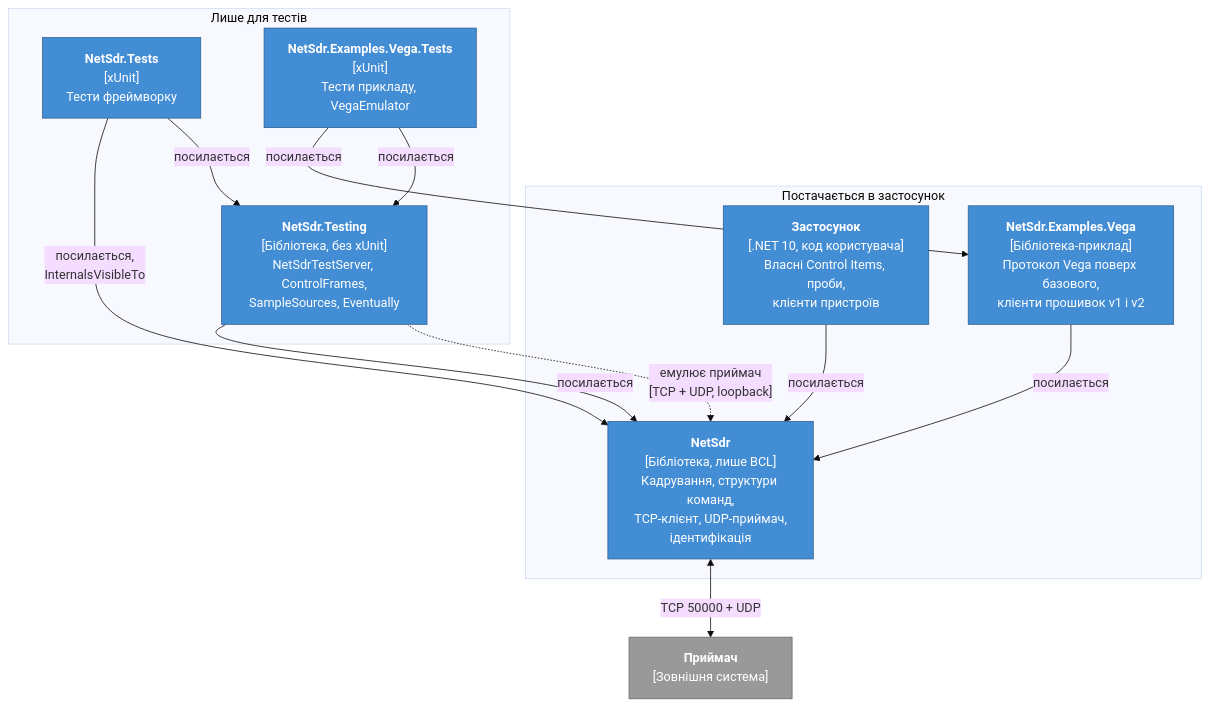
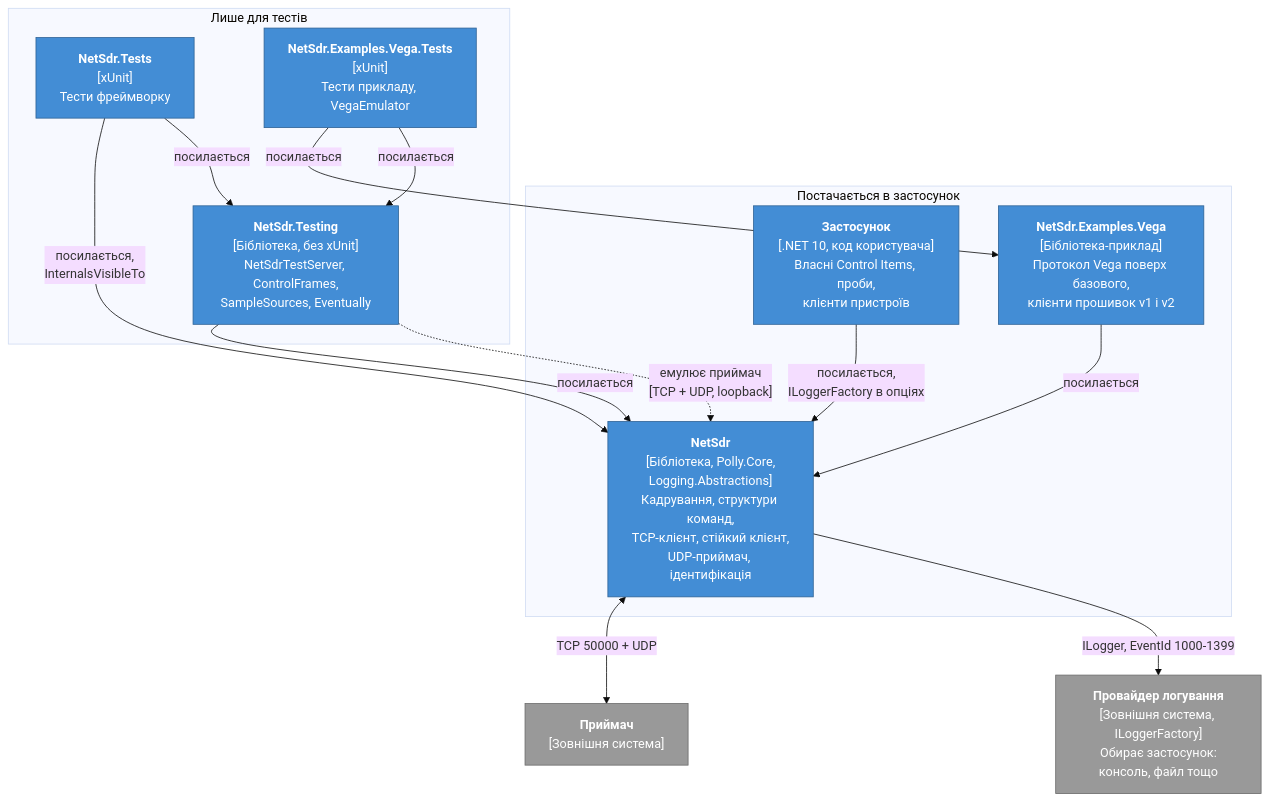
One commit to vadimart92/NetSdrClient changed the second of 7 diagrams in docs/architecture.md. Above: the diagram before and after it, drawn with Mermaid (base theme). The commit also changed other lines of this file and 4 other files, not shown here.

````diff
--- a/docs/architecture.md
+++ b/docs/architecture.md
@@ -63,31 +66,34 @@
 ```mermaid
 flowchart TB
     rx["<b>Приймач</b><br/>[Зовнішня система]"]
 
     subgraph ship["Постачається в застосунок"]
         app["<b>Застосунок</b><br/>[.NET 10, код користувача]<br/>Власні Control Items, проби,<br/>клієнти пристроїв"]
         vega["<b>NetSdr.Examples.Vega</b><br/>[Бібліотека-приклад]<br/>Протокол Vega поверх базового,<br/>клієнти прошивок v1 і v2"]
-        core["<b>NetSdr</b><br/>[Бібліотека, лише BCL]<br/>Кадрування, структури команд,<br/>TCP-клієнт, UDP-приймач,<br/>ідентифікація"]
+        core["<b>NetSdr</b><br/>[Бібліотека, Polly.Core,<br/>Logging.Abstractions]<br/>Кадрування, структури команд,<br/>TCP-клієнт, стійкий клієнт,<br/>UDP-приймач, ідентифікація"]
     end
+
+    logs["<b>Провайдер логування</b><br/>[Зовнішня система, ILoggerFactory]<br/>Обирає застосунок:<br/>консоль, файл тощо"]
 
     subgraph testonly["Лише для тестів"]
         testing["<b>NetSdr.Testing</b><br/>[Бібліотека, без xUnit]<br/>NetSdrTestServer, ControlFrames,<br/>SampleSources, Eventually"]
         tests["<b>NetSdr.Tests</b><br/>[xUnit]<br/>Тести фреймворку"]
         vtests["<b>NetSdr.Examples.Vega.Tests</b><br/>[xUnit]<br/>Тести прикладу, VegaEmulator"]
     end
 
-    app -->|"посилається"| core
+    app -->|"посилається,<br/>ILoggerFactory в опціях"| core
     vega -->|"посилається"| core
     testing -->|"посилається"| core
     tests -->|"посилається,<br/>InternalsVisibleTo"| core
     tests -->|"посилається"| testing
     vtests -->|"посилається"| vega
     vtests -->|"посилається"| testing
     core <-->|"TCP 50000 + UDP"| rx
     testing -.->|"емулює приймач<br/>[TCP + UDP, loopback]"| core
+    core -->|"ILogger, EventId 1000-1399"| logs
 
     classDef container fill:#438DD5,stroke:#2E6295,color:#fff
     classDef external fill:#999999,stroke:#6B6B6B,color:#fff
     class app,vega,core,testing,tests,vtests container
-    class rx external
+    class rx,logs external
 ```
````
